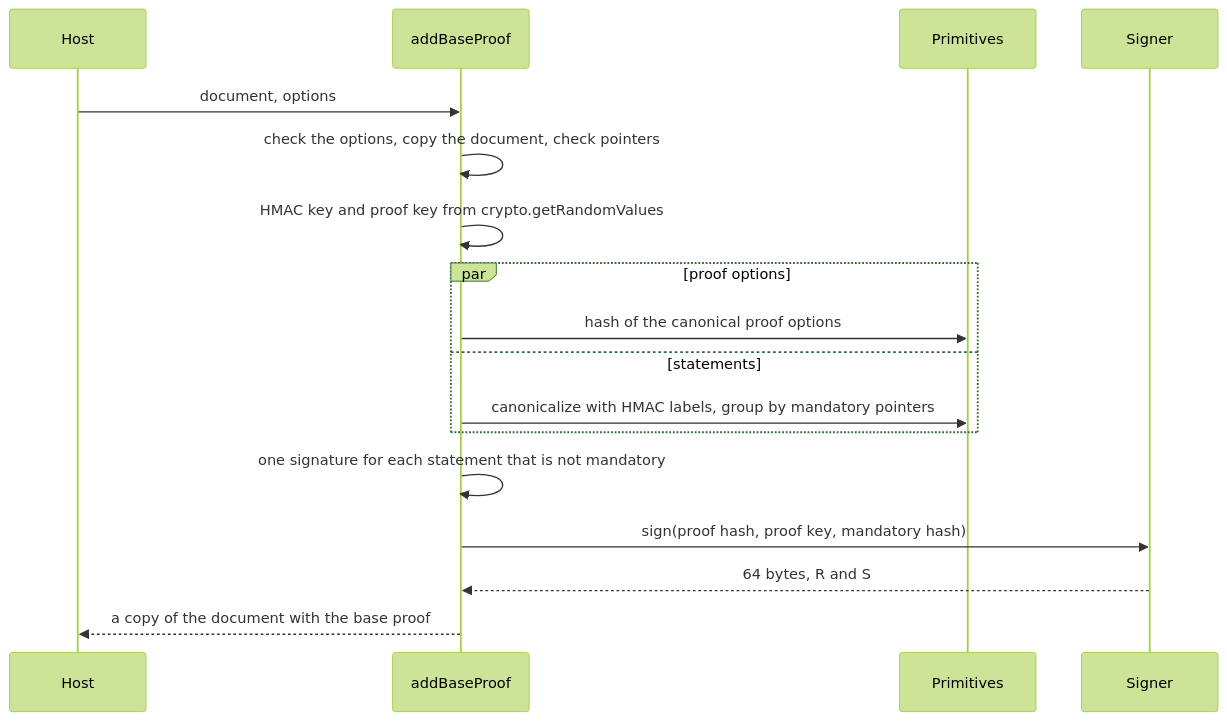
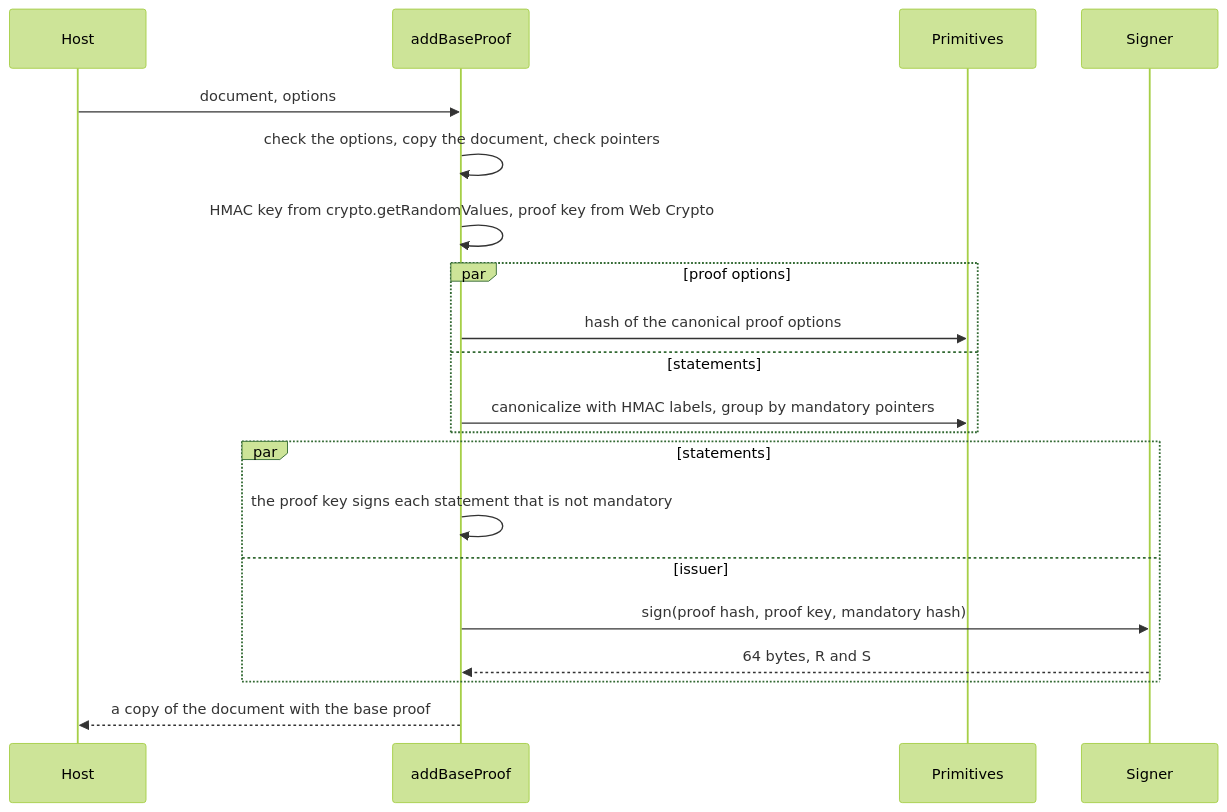
Before and after one commit to interopkit/interopkit: the second of 3 diagrams in docs/selective-disclosure/architecture.md, drawn with Mermaid (forest theme). The commit also changed other lines of this file and 13 other files, not shown here.

First line of the commit message:
Sign the statements of a base proof with a Web Crypto key that cannot be exported

````diff
--- a/docs/selective-disclosure/architecture.md
+++ b/docs/selective-disclosure/architecture.md
@@ -61,19 +62,22 @@
 ```mermaid
 sequenceDiagram
   participant H as Host
   participant A as addBaseProof
   participant P as Primitives
   participant S as Signer
   H->>A: document, options
   A->>A: check the options, copy the document, check pointers
-  A->>A: HMAC key and proof key from crypto.getRandomValues
+  A->>A: HMAC key from crypto.getRandomValues, proof key from Web Crypto
   par proof options
     A->>P: hash of the canonical proof options
   and statements
     A->>P: canonicalize with HMAC labels, group by mandatory pointers
   end
-  A->>A: one signature for each statement that is not mandatory
-  A->>S: sign(proof hash, proof key, mandatory hash)
-  S-->>A: 64 bytes, R and S
+  par statements
+    A->>A: the proof key signs each statement that is not mandatory
+  and issuer
+    A->>S: sign(proof hash, proof key, mandatory hash)
+    S-->>A: 64 bytes, R and S
+  end
   A-->>H: a copy of the document with the base proof
 ```
````
